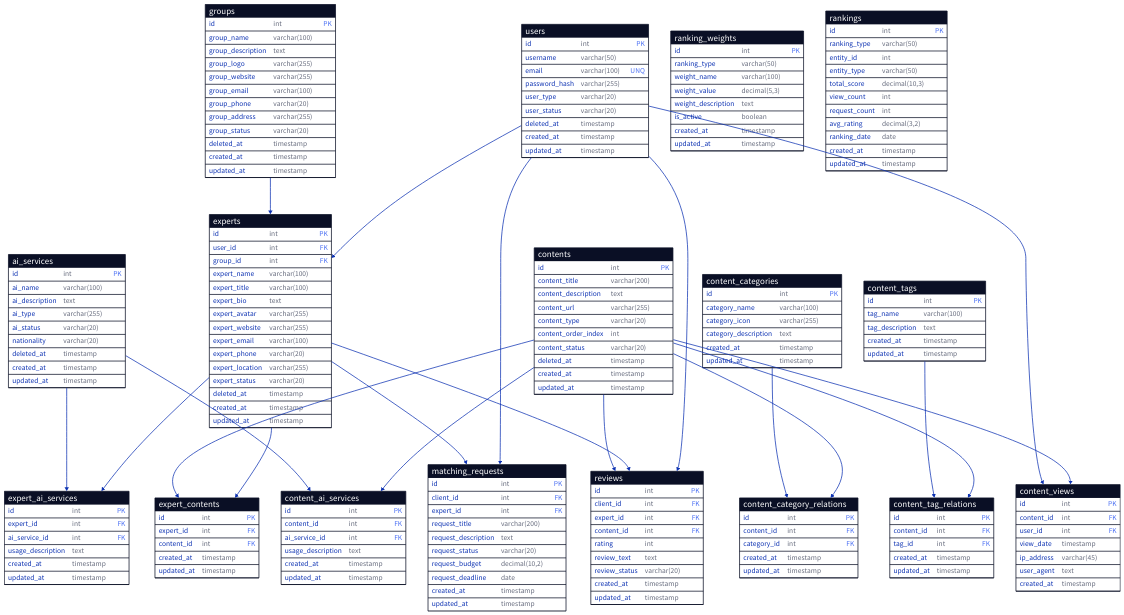
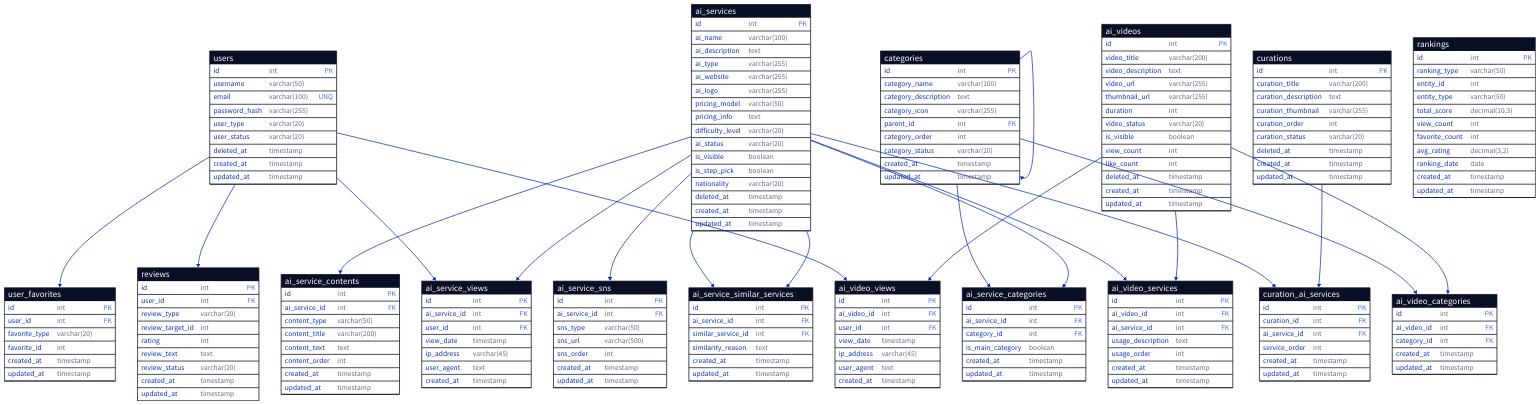
One commit to Jinwoo-ai/stepai-api changed the diagram in db/stepai_api.d2. Above: the diagram before and after it, drawn with D2. The commit also changed 43 other files, not shown here.

```diff
--- a/db/stepai_api.d2
+++ b/db/stepai_api.d2
@@ -1,51 +1,14 @@
-# StepAI API Database Schema - AI 전문가 매칭 서비스
+# StepAI API Database Schema - AI 서비스 소개 및 이용방법 추천 서비스
 
-# Users 테이블 (일반 사용자)
+# Users 테이블 (회원)
 users: {
   shape: sql_table
   id: int {constraint: primary_key}
   username: varchar(50) 
   email: varchar(100) {constraint: unique}
   password_hash: varchar(255)
-  user_type: varchar(20) # client, expert, admin
+  user_type: varchar(20) # member, admin
   user_status: varchar(20) # active, inactive, pending, deleted
-  deleted_at: timestamp
-  created_at: timestamp
-  updated_at: timestamp
-}
-
-# Groups 테이블 (전문가 그룹)
-groups: {
-  shape: sql_table
-  id: int {constraint: primary_key}
-  group_name: varchar(100)
-  group_description: text
-  group_logo: varchar(255)
-  group_website: varchar(255)
-  group_email: varchar(100)
-  group_phone: varchar(20)
-  group_address: varchar(255)
-  group_status: varchar(20) # active, inactive, pending, deleted
-  deleted_at: timestamp
-  created_at: timestamp
-  updated_at: timestamp
-}
-
-# Experts 테이블 (AI 전문가)
-experts: {
-  shape: sql_table
-  id: int {constraint: primary_key}
-  user_id: int {constraint: foreign_key}
-  group_id: int {constraint: foreign_key}
-  expert_name: varchar(100)
-  expert_title: varchar(100)
-  expert_bio: text
-  expert_avatar: varchar(255)
-  expert_website: varchar(255)
-  expert_email: varchar(100)
-  expert_phone: varchar(20)
-  expert_location: varchar(255)
-  expert_status: varchar(20) # active, inactive, pending, deleted
   deleted_at: timestamp
   created_at: timestamp
   updated_at: timestamp
@@ -57,136 +20,127 @@
   id: int {constraint: primary_key}
   ai_name: varchar(100)
   ai_description: text
-  ai_type: varchar(255)  # LLM, RAG, gpts, prompter, etc.
+  ai_type: varchar(255) # LLM, RAG, GPTs, Image_Generation, Video_Generation, etc.
+  ai_website: varchar(255)
+  ai_logo: varchar(255)
+  pricing_model: varchar(50) # free, freemium, paid, subscription
+  pricing_info: text
+  difficulty_level: varchar(20) # beginner, intermediate, advanced
   ai_status: varchar(20) # active, inactive, pending, deleted
+  is_visible: boolean # 사이트 노출여부
+  is_step_pick: boolean # Step Pick 여부
   nationality: varchar(20)
   deleted_at: timestamp
   created_at: timestamp
   updated_at: timestamp
 }
 
-# Contents 테이블 (AI로 만든 결과물)
-contents: {
+# AI Videos 테이블 (AI 영상)
+ai_videos: {
   shape: sql_table
   id: int {constraint: primary_key}
-  content_title: varchar(200)
-  content_description: text
-  content_url: varchar(255)
-  content_type: varchar(20) # link, logo, image, video, text, audio, pdf, etc.
-  content_order_index: int
-  content_status: varchar(20) # active, inactive, pending, deleted
+  video_title: varchar(200)
+  video_description: text
+  video_url: varchar(255)
+  thumbnail_url: varchar(255)
+  duration: int # 초 단위
+  video_status: varchar(20) # active, inactive, pending, deleted
+  is_visible: boolean # 사이트 노출여부
+  view_count: int
+  like_count: int
   deleted_at: timestamp
   created_at: timestamp
   updated_at: timestamp
 }
 
-# Content Categories 테이블 (콘텐츠 카테고리)
-content_categories: {
+# Categories 테이블 (카테고리 - 메인/서브 구조)
+categories: {
   shape: sql_table
   id: int {constraint: primary_key}
   category_name: varchar(100)
+  category_description: text
   category_icon: varchar(255)
-  category_description: text
+  parent_id: int {constraint: foreign_key} # 부모 카테고리 ID (NULL이면 메인 카테고리)
+  category_order: int
+  category_status: varchar(20) # active, inactive
   created_at: timestamp
   updated_at: timestamp
 }
 
-# Content Tags 테이블 (콘텐츠 태그)
-content_tags: {
+# Curations 테이블 (큐레이션)
+curations: {
   shape: sql_table
   id: int {constraint: primary_key}
-  tag_name: varchar(100)
-  tag_description: text
+  curation_title: varchar(200)
+  curation_description: text
+  curation_thumbnail: varchar(255)
+  curation_order: int
+  curation_status: varchar(20) # active, inactive, pending, deleted
+  deleted_at: timestamp
   created_at: timestamp
   updated_at: timestamp
 }
 
-# Expert Contents 테이블 (전문가가 만든 콘텐츠)
-expert_contents: {
+# AI Service Categories 테이블 (AI 서비스-카테고리 관계)
+ai_service_categories: {
   shape: sql_table
   id: int {constraint: primary_key}
-  expert_id: int {constraint: foreign_key}
-  content_id: int {constraint: foreign_key}
+  ai_service_id: int {constraint: foreign_key}
+  category_id: int {constraint: foreign_key}
+  is_main_category: boolean # 메인(대표) 카테고리 여부
   created_at: timestamp
   updated_at: timestamp
 }
 
-# Content Category Relations 테이블 (콘텐츠-카테고리 관계)
-content_category_relations: {
+# AI Video Categories 테이블 (AI 영상-카테고리 관계)
+ai_video_categories: {
   shape: sql_table
   id: int {constraint: primary_key}
-  content_id: int {constraint: foreign_key}
+  ai_video_id: int {constraint: foreign_key}
   category_id: int {constraint: foreign_key}
   created_at: timestamp
   updated_at: timestamp
 }
 
-# Content Tag Relations 테이블 (콘텐츠-태그 관계)
-content_tag_relations: {
+# AI Video Services 테이블 (AI 영상에서 사용된 AI 서비스)
+ai_video_services: {
   shape: sql_table
   id: int {constraint: primary_key}
-  content_id: int {constraint: foreign_key}
-  tag_id: int {constraint: foreign_key}
+  ai_video_id: int {constraint: foreign_key}
+  ai_service_id: int {constraint: foreign_key}
+  usage_description: text
+  usage_order: int # 사용 순서
   created_at: timestamp
   updated_at: timestamp
 }
 
-# Expert AI Services 테이블 (전문가가 사용하는 AI 서비스)
-expert_ai_services: {
+# Curation AI Services 테이블 (큐레이션에 포함된 AI 서비스)
+curation_ai_services: {
   shape: sql_table
   id: int {constraint: primary_key}
-  expert_id: int {constraint: foreign_key}
+  curation_id: int {constraint: foreign_key}
   ai_service_id: int {constraint: foreign_key}
-  usage_description: text
+  service_order: int # 큐레이션 내 순서
   created_at: timestamp
   updated_at: timestamp
 }
 
-# Content AI Services 테이블 (콘텐츠 제작에 사용된 AI 서비스)
-content_ai_services: {
+# User Favorites 테이블 (사용자 즐겨찾기)
+user_favorites: {
   shape: sql_table
   id: int {constraint: primary_key}
-  content_id: int {constraint: foreign_key}
-  ai_service_id: int {constraint: foreign_key}
-  usage_description: text
+  user_id: int {constraint: foreign_key}
+  favorite_type: varchar(20) # ai_service, ai_video, curation
+  favorite_id: int # AI 서비스, AI 영상, 큐레이션 ID
   created_at: timestamp
   updated_at: timestamp
 }
 
-# Matching Requests 테이블 (매칭 요청)
-matching_requests: {
+# AI Service Views 테이블 (AI 서비스 조회 기록)
+ai_service_views: {
   shape: sql_table
   id: int {constraint: primary_key}
-  client_id: int {constraint: foreign_key}
-  expert_id: int {constraint: foreign_key}
-  request_title: varchar(200)
-  request_description: text
-  request_status: varchar(20) # pending, accepted, rejected, completed
-  request_budget: decimal(10,2)
-  request_deadline: date
-  created_at: timestamp
-  updated_at: timestamp
-}
-
-# Reviews 테이블 (리뷰)
-reviews: {
-  shape: sql_table
-  id: int {constraint: primary_key}
-  client_id: int {constraint: foreign_key}
-  expert_id: int {constraint: foreign_key}
-  content_id: int {constraint: foreign_key}
-  rating: int
-  review_text: text
-  review_status: varchar(20) # active, hidden, deleted
-  created_at: timestamp
-  updated_at: timestamp
-}
-
-# Content Views 테이블 (콘텐츠 조회 기록)
-content_views: {
-  shape: sql_table
-  id: int {constraint: primary_key}
-  content_id: int {constraint: foreign_key}
+  ai_service_id: int {constraint: foreign_key}
   user_id: int {constraint: foreign_key}
   view_date: timestamp
   ip_address: varchar(45)
@@ -194,15 +148,64 @@
   created_at: timestamp
 }
 
-# Ranking Weights 테이블 (랭킹 가중치 설정)
-ranking_weights: {
+# AI Video Views 테이블 (AI 영상 조회 기록)
+ai_video_views: {
   shape: sql_table
   id: int {constraint: primary_key}
-  ranking_type: varchar(50) # ai_service, content, expert, category
-  weight_name: varchar(100)
-  weight_value: decimal(5,3)
-  weight_description: text
-  is_active: boolean
+  ai_video_id: int {constraint: foreign_key}
+  user_id: int {constraint: foreign_key}
+  view_date: timestamp
+  ip_address: varchar(45)
+  user_agent: text
+  created_at: timestamp
+}
+
+# Reviews 테이블 (리뷰)
+reviews: {
+  shape: sql_table
+  id: int {constraint: primary_key}
+  user_id: int {constraint: foreign_key}
+  review_type: varchar(20) # ai_service, ai_video
+  review_target_id: int # AI 서비스 또는 AI 영상 ID
+  rating: int # 1-5
+  review_text: text
+  review_status: varchar(20) # active, hidden, deleted
+  created_at: timestamp
+  updated_at: timestamp
+}
+
+# AI Service Contents 테이블 (AI 서비스 콘텐츠)
+ai_service_contents: {
+  shape: sql_table
+  id: int {constraint: primary_key}
+  ai_service_id: int {constraint: foreign_key}
+  content_type: varchar(50) # target_users, main_features, use_cases
+  content_title: varchar(200)
+  content_text: text
+  content_order: int
+  created_at: timestamp
+  updated_at: timestamp
+}
+
+# AI Service SNS 테이블 (AI 서비스 SNS)
+ai_service_sns: {
+  shape: sql_table
+  id: int {constraint: primary_key}
+  ai_service_id: int {constraint: foreign_key}
+  sns_type: varchar(50) # twitter, facebook, instagram, youtube, linkedin, etc.
+  sns_url: varchar(500)
+  sns_order: int
+  created_at: timestamp
+  updated_at: timestamp
+}
+
+# AI Service Similar Services 테이블 (유사 서비스)
+ai_service_similar_services: {
+  shape: sql_table
+  id: int {constraint: primary_key}
+  ai_service_id: int {constraint: foreign_key}
+  similar_service_id: int {constraint: foreign_key}
+  similarity_reason: text
   created_at: timestamp
   updated_at: timestamp
 }
@@ -211,12 +214,12 @@
 rankings: {
   shape: sql_table
   id: int {constraint: primary_key}
-  ranking_type: varchar(50) # ai_service, content, expert, category
+  ranking_type: varchar(50) # ai_service, ai_video, category, curation
   entity_id: int
-  entity_type: varchar(50) # ai_service_id, content_id, expert_id, category_id
+  entity_type: varchar(50) # ai_service_id, ai_video_id, category_id, curation_id
   total_score: decimal(10,3)
   view_count: int
-  request_count: int
+  favorite_count: int
   avg_rating: decimal(3,2)
   ranking_date: date
   created_at: timestamp
@@ -224,22 +227,22 @@
 }
 
 # 관계 정의
-users -> experts
-groups -> experts
-experts -> expert_contents
-contents -> expert_contents
-contents -> content_category_relations
-content_categories -> content_category_relations
-contents -> content_tag_relations
-content_tags -> content_tag_relations
-experts -> expert_ai_services
-ai_services -> expert_ai_services
-contents -> content_ai_services
-ai_services -> content_ai_services
-users -> matching_requests
-experts -> matching_requests
+categories -> categories # 자기 참조 (parent_id)
+ai_services -> ai_service_categories
+categories -> ai_service_categories
+ai_services -> ai_service_contents
+ai_services -> ai_service_sns
+ai_services -> ai_service_similar_services
+ai_services -> ai_service_similar_services # similar_service_id
+ai_videos -> ai_video_categories
+categories -> ai_video_categories
+ai_videos -> ai_video_services
+ai_services -> ai_video_services
+curations -> curation_ai_services
+ai_services -> curation_ai_services
+users -> user_favorites
+ai_services -> ai_service_views
+users -> ai_service_views
+ai_videos -> ai_video_views
+users -> ai_video_views
 users -> reviews
-experts -> reviews
-contents -> reviews
-contents -> content_views
-users -> content_views
```
